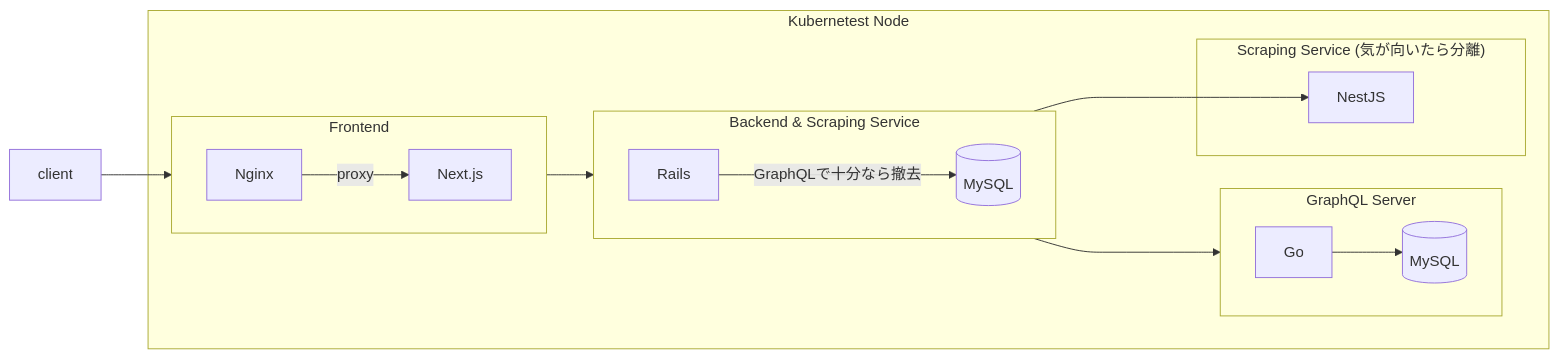
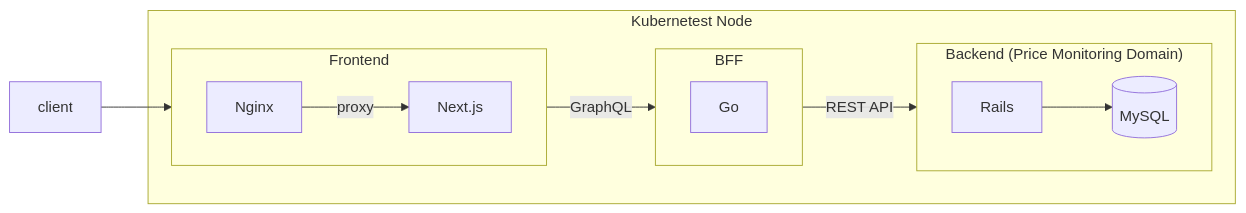
The diagram in README.md (kuroweb/price-monitoring), drawn with Mermaid before and after one commit. The commit also changed other lines of this file, not shown here.

Commit message:
feat: アーキテクチャのミスを修正

````diff
--- a/README.md
+++ b/README.md
@@ -34,41 +34,30 @@
 ```mermaid
 flowchart LR
 subgraph Kubernetest Node
-  subgraph Frontend
+  subgraph frontend [Frontend]
     direction LR
 
     Nginx
     Next.js
 
     Nginx--proxy-->Next.js
   end
 
-  subgraph Backend & Scraping Service
+  subgraph bff [BFF]
+    direction LR
+
+    Go
+  end
+
+  subgraph price ["Backend (Price Monitoring Domain)"]
     direction LR
 
     Rails
     rails_mysql[(MySQL)]
 
-    Rails--GraphQLで十分なら撤去-->rails_mysql
+    Rails-->rails_mysql
   end
-
-  subgraph GraphQL Server
-    direction LR
-
-    Go
-    go_mysql[(MySQL)]
-
-    Go-->go_mysql
-  end
-
-  subgraph "Scraping Service (気が向いたら分離)"
-    NestJS
-  end
-
-  Next.js-->Rails
-  Rails---->NestJS
-  Rails---->Go
 end
 
-client-->Nginx
+client-->frontend--GraphQL-->bff--REST API-->price
 ```
````
